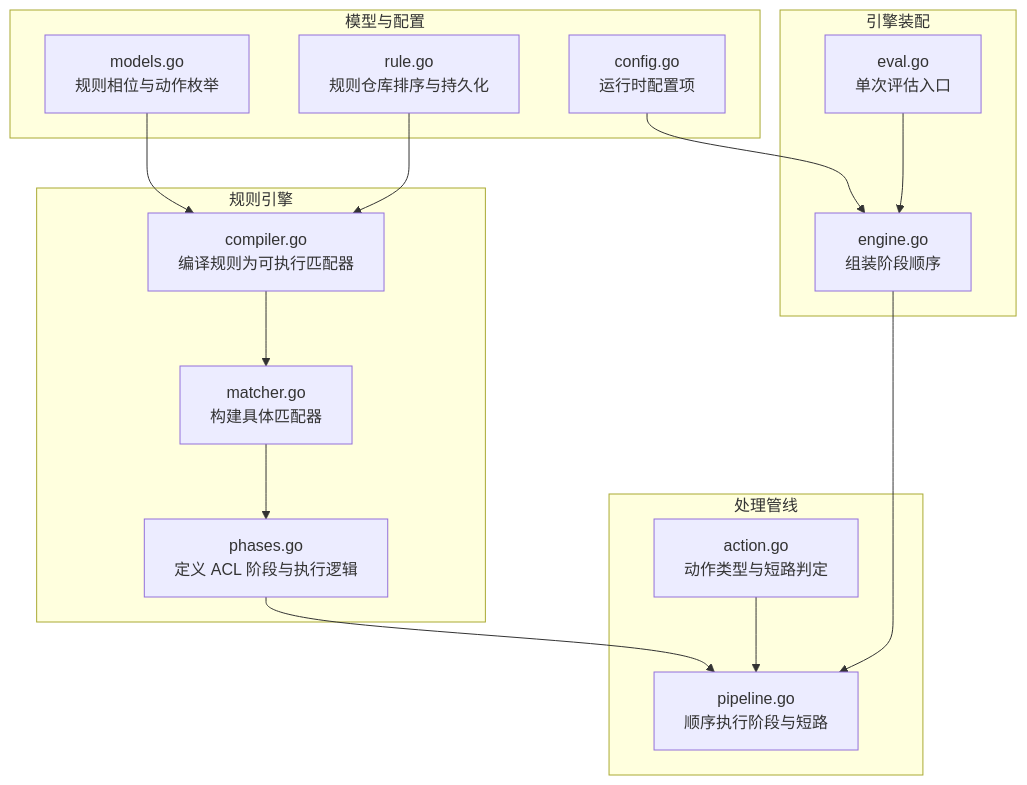
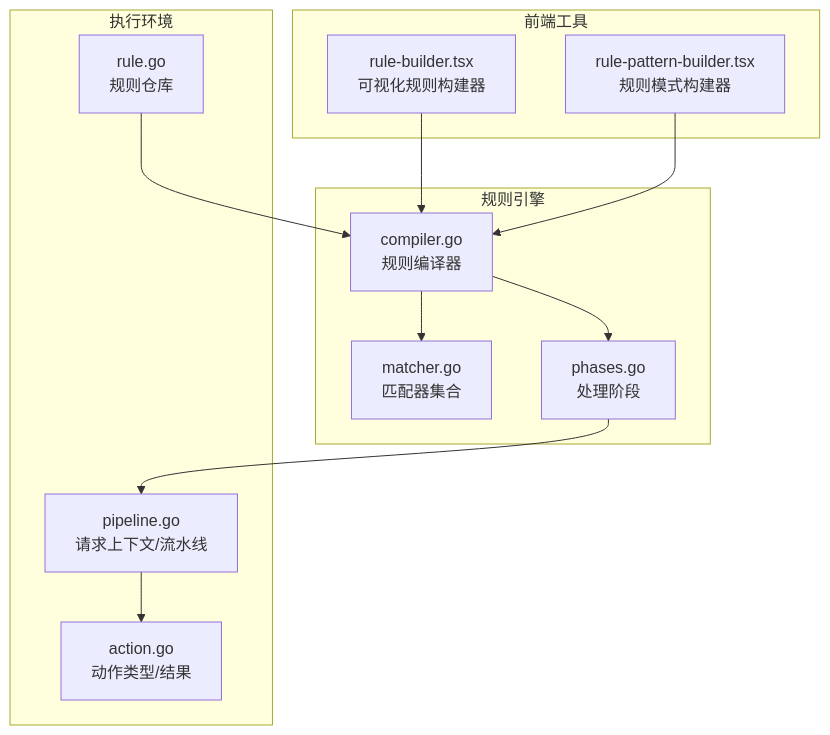
The first of 5 diagrams in docs/WAF 引擎系统/处理阶段详解/ACL 访问控制阶段.md (x01n/My-OpenWaf), drawn with Mermaid before and after one commit. The commit also changed other lines of this file and 199 other files, not shown here.

````diff
--- a/docs/WAF 引擎系统/处理阶段详解/ACL 访问控制阶段.md
+++ b/docs/WAF 引擎系统/处理阶段详解/ACL 访问控制阶段.md
@@ -42,29 +42,24 @@
 ```mermaid
 graph TB
 subgraph "规则引擎"
-A["compiler.go<br/>编译规则为可执行匹配器"]
-B["matcher.go<br/>构建具体匹配器"]
-C["phases.go<br/>定义 ACL 阶段与执行逻辑"]
+C["compiler.go<br/>规则编译器"]
+M["matcher.go<br/>匹配器集合"]
+P["phases.go<br/>处理阶段"]
 end
-subgraph "处理管线"
-D["pipeline.go<br/>顺序执行阶段与短路"]
-E["action.go<br/>动作类型与短路判定"]
+subgraph "执行环境"
+L["pipeline.go<br/>请求上下文/流水线"]
+A["action.go<br/>动作类型/结果"]
+R["rule.go<br/>规则仓库"]
 end
-subgraph "引擎装配"
-F["engine.go<br/>组装阶段顺序"]
-G["eval.go<br/>单次评估入口"]
+subgraph "前端工具"
+FB["rule-builder.tsx<br/>可视化规则构建器"]
+FP["rule-pattern-builder.tsx<br/>规则模式构建器"]
 end
-subgraph "模型与配置"
-H["models.go<br/>规则相位与动作枚举"]
-I["rule.go<br/>规则仓库排序与持久化"]
-J["config.go<br/>运行时配置项"]
-end
-A --> B --> C
-C --> D
-E --> D
-F --> D
-G --> F
-H --> A
-I --> A
-J --> F
+FB --> C
+FP --> C
+C --> M
+C --> P
+P --> L
+L --> A
+R --> C
 ```
````
